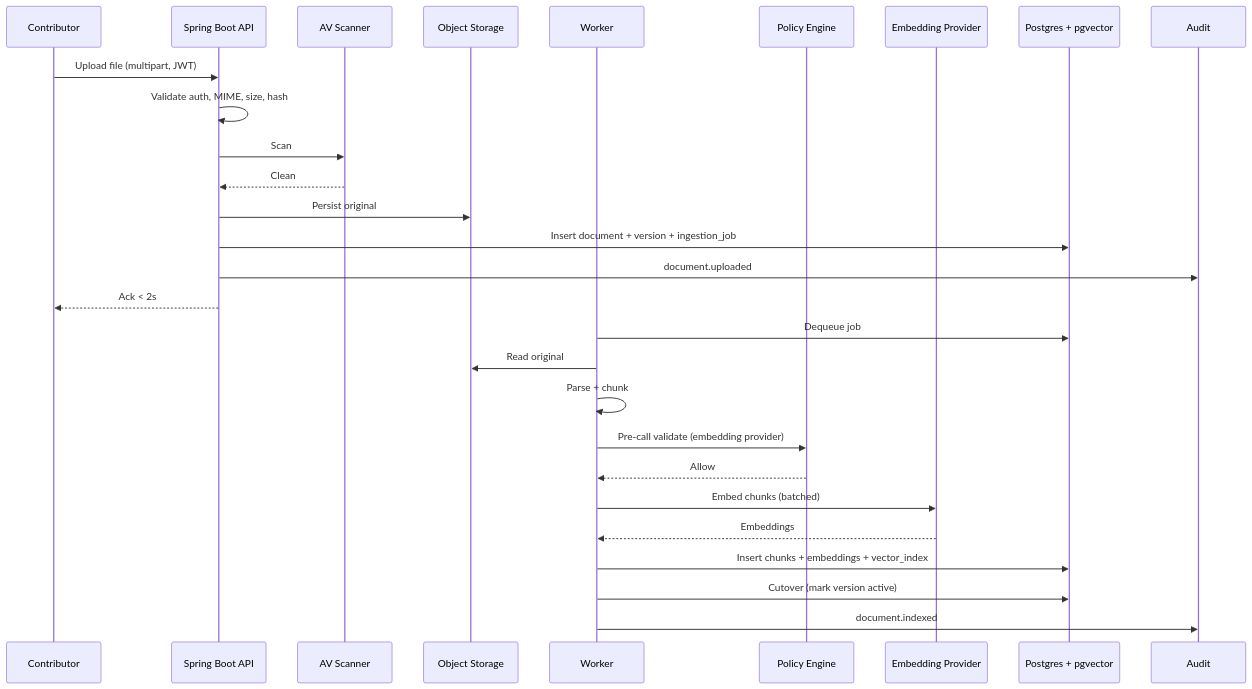
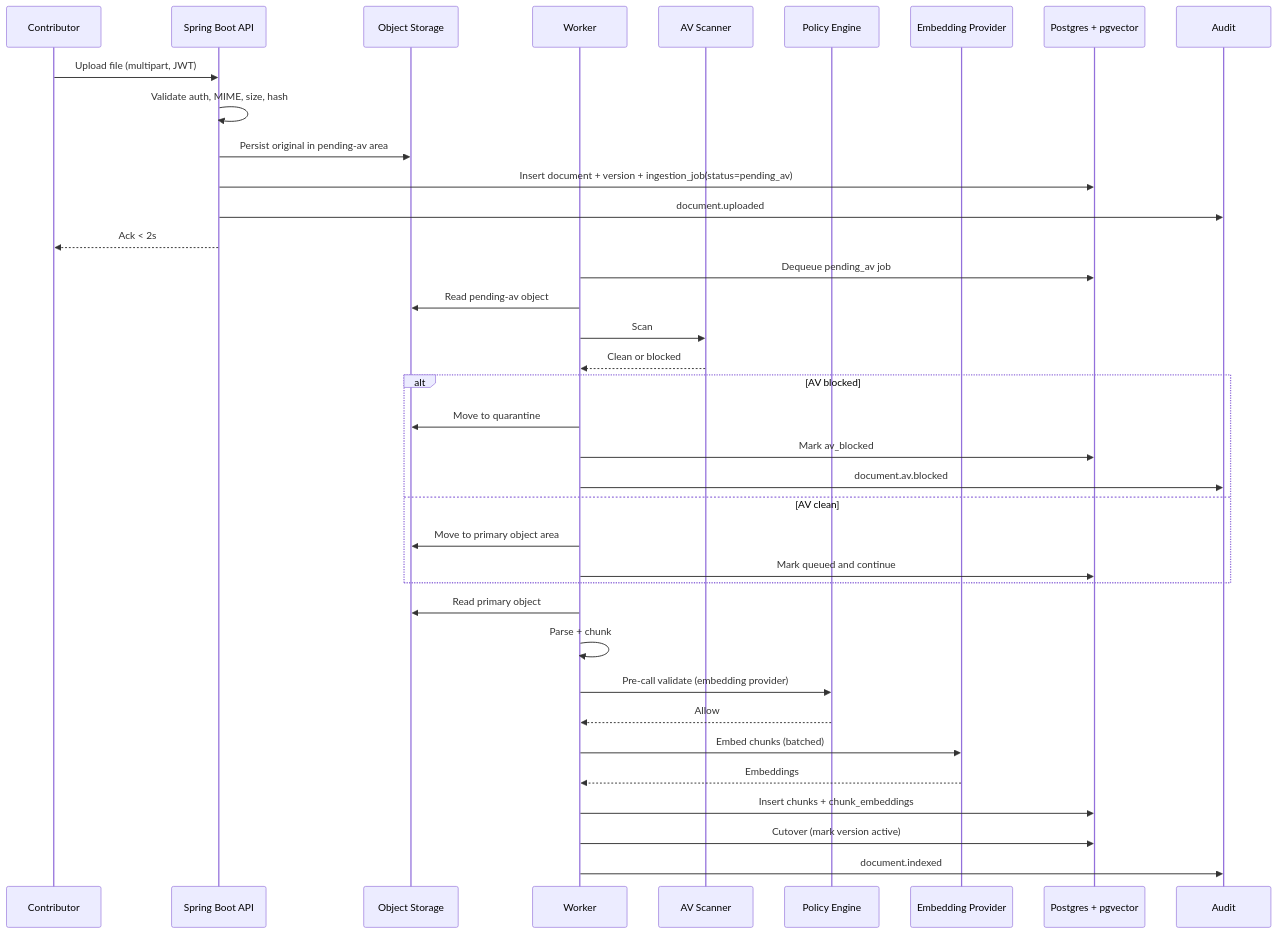
The third of 9 diagrams in docs/Solution_Architecture.md (alechulkin/rag), drawn with Mermaid before and after one commit. The commit also changed other lines of this file and 9 other files, not shown here.

````diff
--- a/docs/Solution_Architecture.md
+++ b/docs/Solution_Architecture.md
@@ -189,30 +182,39 @@
 ```mermaid
 sequenceDiagram
   participant U as Contributor
   participant API as Spring Boot API
-  participant AV as AV Scanner
   participant Obj as Object Storage
   participant W as Worker
+  participant AV as AV Scanner
   participant Pol as Policy Engine
   participant Prov as Embedding Provider
   participant PG as Postgres + pgvector
   participant Aud as Audit
   U->>API: Upload file (multipart, JWT)
   API->>API: Validate auth, MIME, size, hash
-  API->>AV: Scan
-  AV-->>API: Clean
-  API->>Obj: Persist original
-  API->>PG: Insert document + version + ingestion_job
+  API->>Obj: Persist original in pending-av area
+  API->>PG: Insert document + version + ingestion_job(status=pending_av)
   API->>Aud: document.uploaded
   API-->>U: Ack < 2s
-  W->>PG: Dequeue job
-  W->>Obj: Read original
+  W->>PG: Dequeue pending_av job
+  W->>Obj: Read pending-av object
+  W->>AV: Scan
+  AV-->>W: Clean or blocked
+  alt AV blocked
+    W->>Obj: Move to quarantine
+    W->>PG: Mark av_blocked
+    W->>Aud: document.av.blocked
+  else AV clean
+    W->>Obj: Move to primary object area
+    W->>PG: Mark queued and continue
+  end
+  W->>Obj: Read primary object
   W->>W: Parse + chunk
   W->>Pol: Pre-call validate (embedding provider)
   Pol-->>W: Allow
   W->>Prov: Embed chunks (batched)
   Prov-->>W: Embeddings
-  W->>PG: Insert chunks + embeddings + vector_index
+  W->>PG: Insert chunks + chunk_embeddings
   W->>PG: Cutover (mark version active)
   W->>Aud: document.indexed
 ```
````
